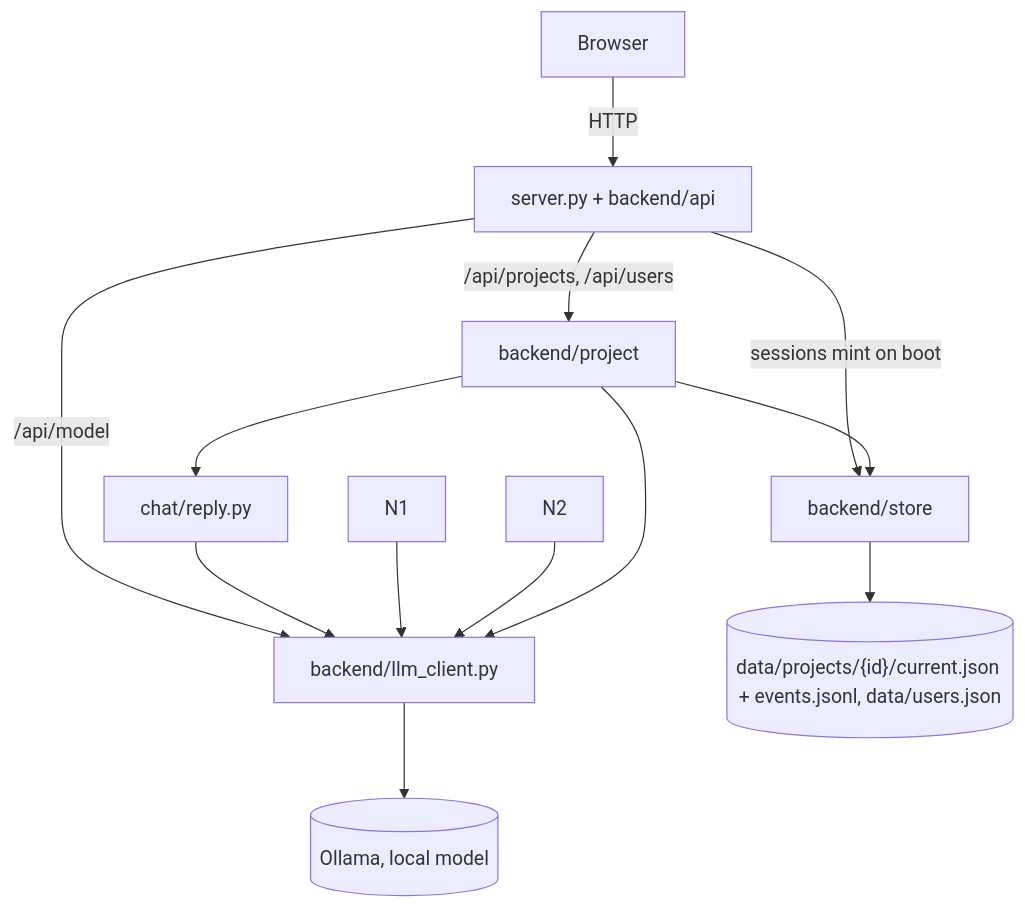
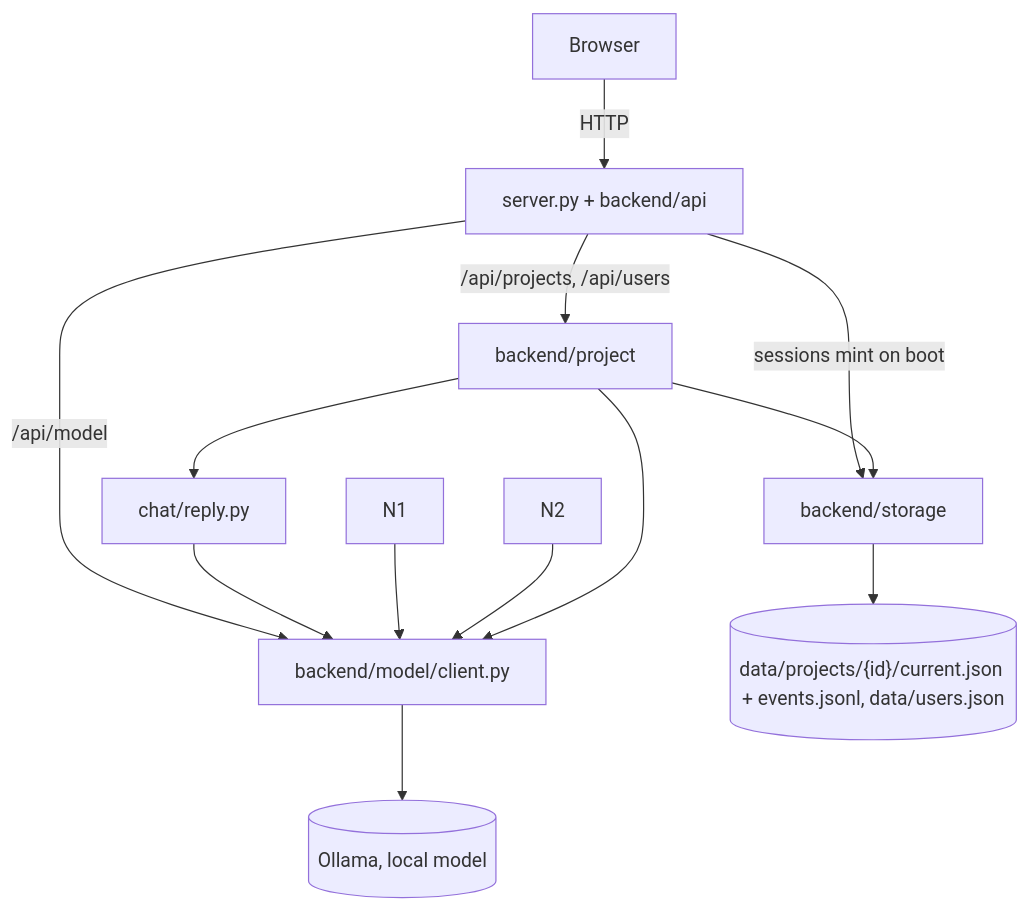
One commit to olajmn/PROJECT1 changed the diagram in docs/04-current-state.md. Above: the diagram before and after it, drawn with Mermaid. The commit also changed other lines of this file and 41 other files, not shown here.

First line of the commit message:
Isolate model brief under backend/model/ and rename store to storage.

````diff
--- a/docs/04-current-state.md
+++ b/docs/04-current-state.md
@@ -71,15 +70,15 @@
 ```mermaid
 graph TD
     Browser -->|HTTP| Server["server.py + backend/api"]
     Server -->|"/api/projects, /api/users"| Planning["backend/project"]
-    Server -->|"/api/model"| ModelBoundary["backend/llm_client.py"]
-    Server -->|"sessions mint on boot"| Store["backend/store"]
+    Server -->|"/api/model"| ModelBoundary["backend/model/client.py"]
+    Server -->|"sessions mint on boot"| Storage["backend/storage"]
     Planning --> Reply["chat/reply.py"]
     Reply --> ModelBoundary
-    Planning --> Store
+    Planning --> Storage
     N1 --> ModelBoundary
     N2 --> ModelBoundary
     Planning --> ModelBoundary
     ModelBoundary --> Ollama[("Ollama, local model")]
-    Store --> Data[("data/projects/{id}/current.json + events.jsonl, data/users.json")]
+    Storage --> Data[("data/projects/{id}/current.json + events.jsonl, data/users.json")]
 ```
````
